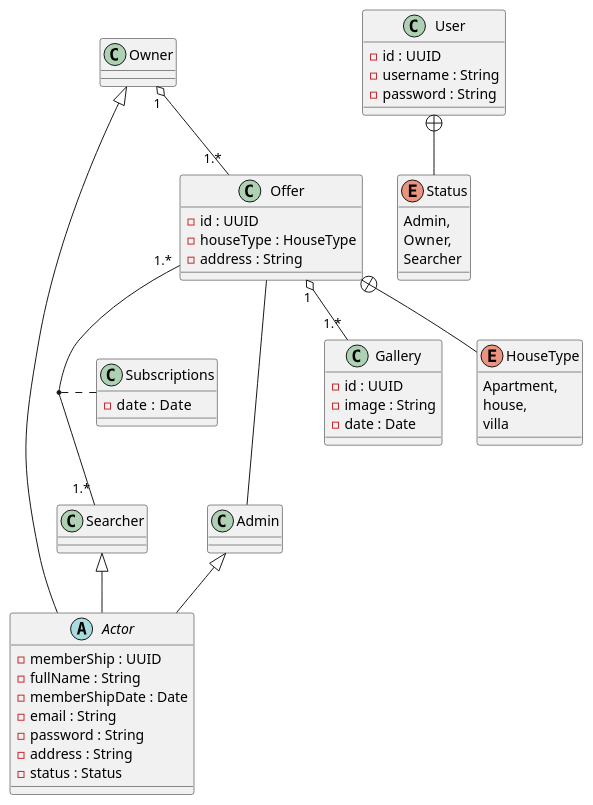
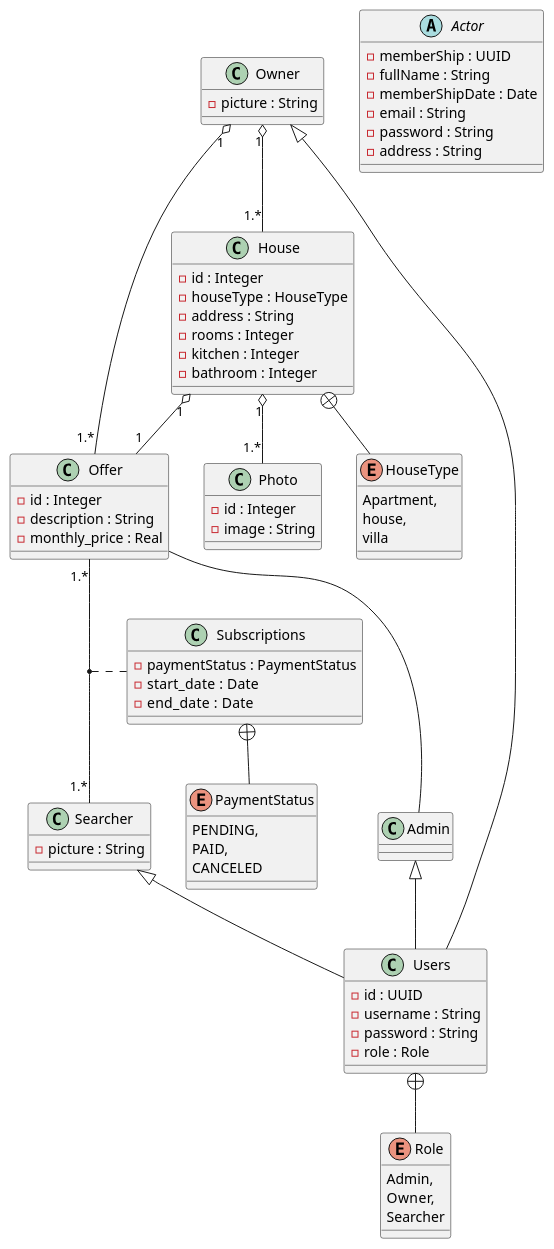
One commit to mrImad007/ColocHub changed the diagram in UML/ClassDiagram.puml. Above: the diagram before and after it, drawn with PlantUML.

Commit message:
Refactoring the project : in progress

```diff
--- a/UML/ClassDiagram.puml
+++ b/UML/ClassDiagram.puml
@@ -1,67 +1,90 @@
 @startuml
 
 abstract class Actor {
     - memberShip : UUID
     - fullName : String
     - memberShipDate : Date
     - email : String
     - password : String
     - address : String
-    - status : Status
 }
-class Owner {}
+class Owner {
+    - picture : String
+}
 
-class Searcher {}
+class Searcher {
+    - picture : String
+}
 
 class Admin {}
 
-'this class is only for authentication
-class User {
-    - id : UUID
-    - username : String
-    - password : String
+
+class Offer {
+    - id : Integer
+    - description : String
+    - monthly_price : Real
 }
 
-class Offer {
-    - id : UUID
+class House {
+    - id : Integer
     - houseType : HouseType
     - address : String
+    - rooms : Integer
+    - kitchen : Integer
+    - bathroom : Integer
 }
 
-class Gallery {
-    - id : UUID
+class Photo {
+    - id : Integer
     - image : String
-    - date : Date
 }
 
 class Subscriptions {
-    - date :  Date
+    - paymentStatus : PaymentStatus
+    - start_date :  Date
+    - end_date :  Date
 }
 
 
-enum Status {
+enum Role {
     Admin,
     Owner,
     Searcher
 }
 
 enum HouseType {
     Apartment,
     house,
     villa
 }
 
-Owner <|-- Actor
-Searcher <|-- Actor
-Admin <|-- Actor
+enum PaymentStatus {
+    PENDING,
+    PAID,
+    CANCELED
+}
 
-User +-- Status
-Offer +-- HouseType
+'this class is only for authentication
+class Users {
+    - id : UUID
+    - username : String
+    - password : String
+    - role : Role
+}
+
+Owner <|-- Users
+Searcher <|-- Users
+Admin <|-- Users
+
+Users +-- Role
+House +-- HouseType
+Subscriptions +-- PaymentStatus
 Offer "1.*" -- "1.*" Searcher
 (Searcher,Offer) .. Subscriptions
-Offer "1" o-- "1.*" Gallery
+House "1" o-- "1.*" Photo
 Offer -- Admin
+Owner "1" o-- "1.*" House
+House "1" o-- "1" Offer
 Owner "1" o-- "1.*" Offer
 
-
 @enduml
```
